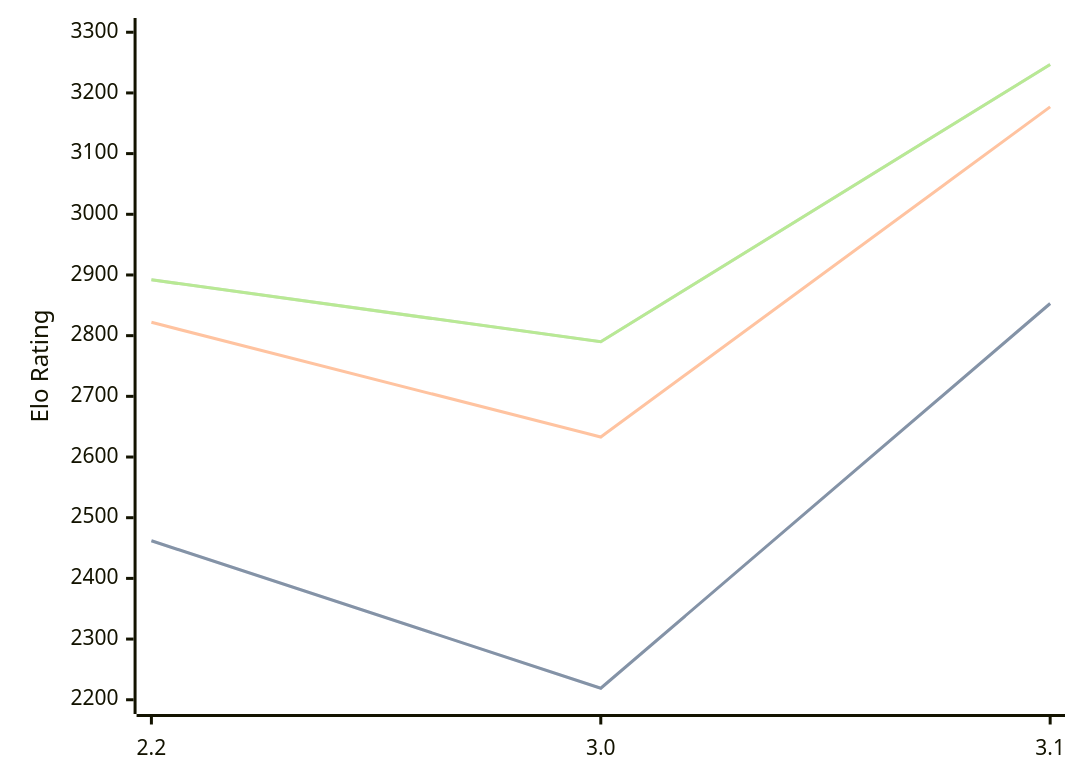
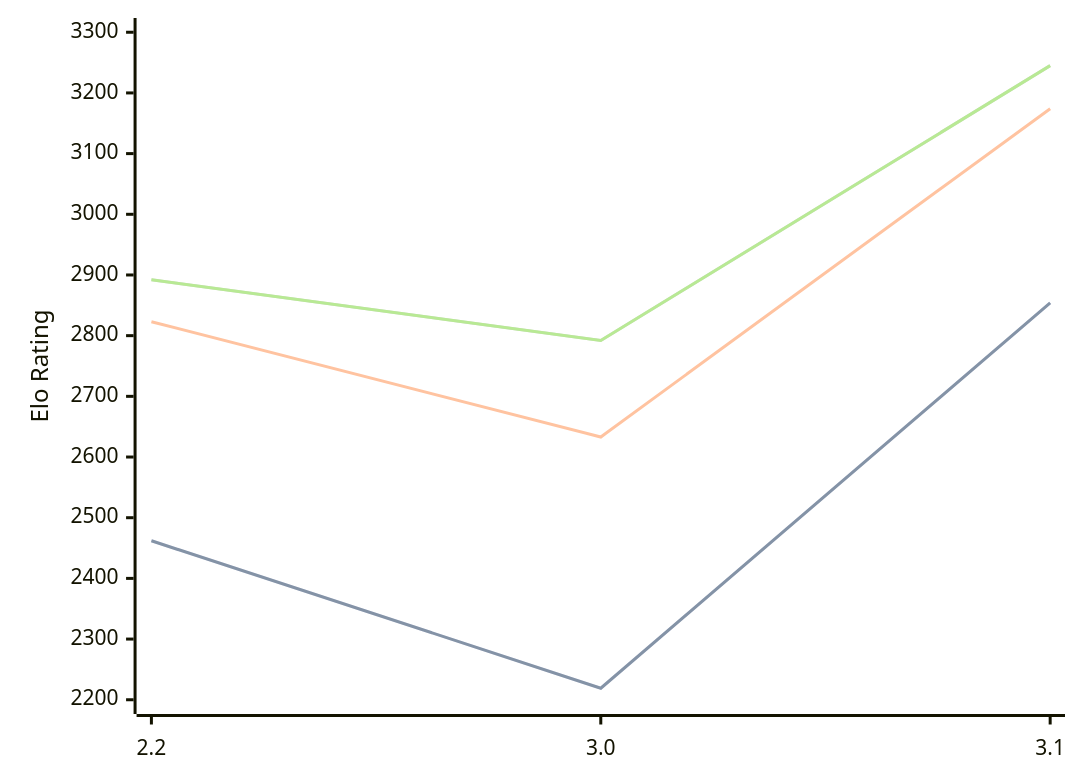
The third of 3 diagrams in engines/Thrawn.md (computer-chess-index/cci), drawn with Mermaid before and after one commit. The commit also changed other lines of this file, not shown here.

Commit message:
Update CCI Ratings (ELO VLTC) - 2026-07-13

````diff
--- a/engines/Thrawn.md
+++ b/engines/Thrawn.md
@@ -74,11 +74,11 @@
 ```mermaid
 %%{init: {"theme":"base","themeVariables":{"seriesColors:['#a3a3a3','#222221','#faa371']}}}%%
 xychart-beta
   x-axis ["2.2", "3.0", "3.1"]
   y-axis "Elo Rating" 2200 --> 3300
-  line "STC (8.0+0.08s)" [2462, 2219, 2853]
-  line "STC (8.0+0.08s)" [2462, 2219, 2853]
-  line "LTC (60.0+0.60s)" [2822, 2633, 3177]
-  line "VLTC (2m24s+1.12s)" [2892, 2790, 3247]
-  line "VLTC (2m24s+1.12s)" [2892, 2790, 3247]
+  line "STC (8.0+0.08s)" [2462, 2219, 2854]
+  line "STC (8.0+0.08s)" [2462, 2219, 2854]
+  line "LTC (60.0+0.60s)" [2823, 2633, 3174]
+  line "VLTC (2m24s+1.12s)" [2892, 2792, 3245]
+  line "VLTC (2m24s+1.12s)" [2892, 2792, 3245]
 ```
````
